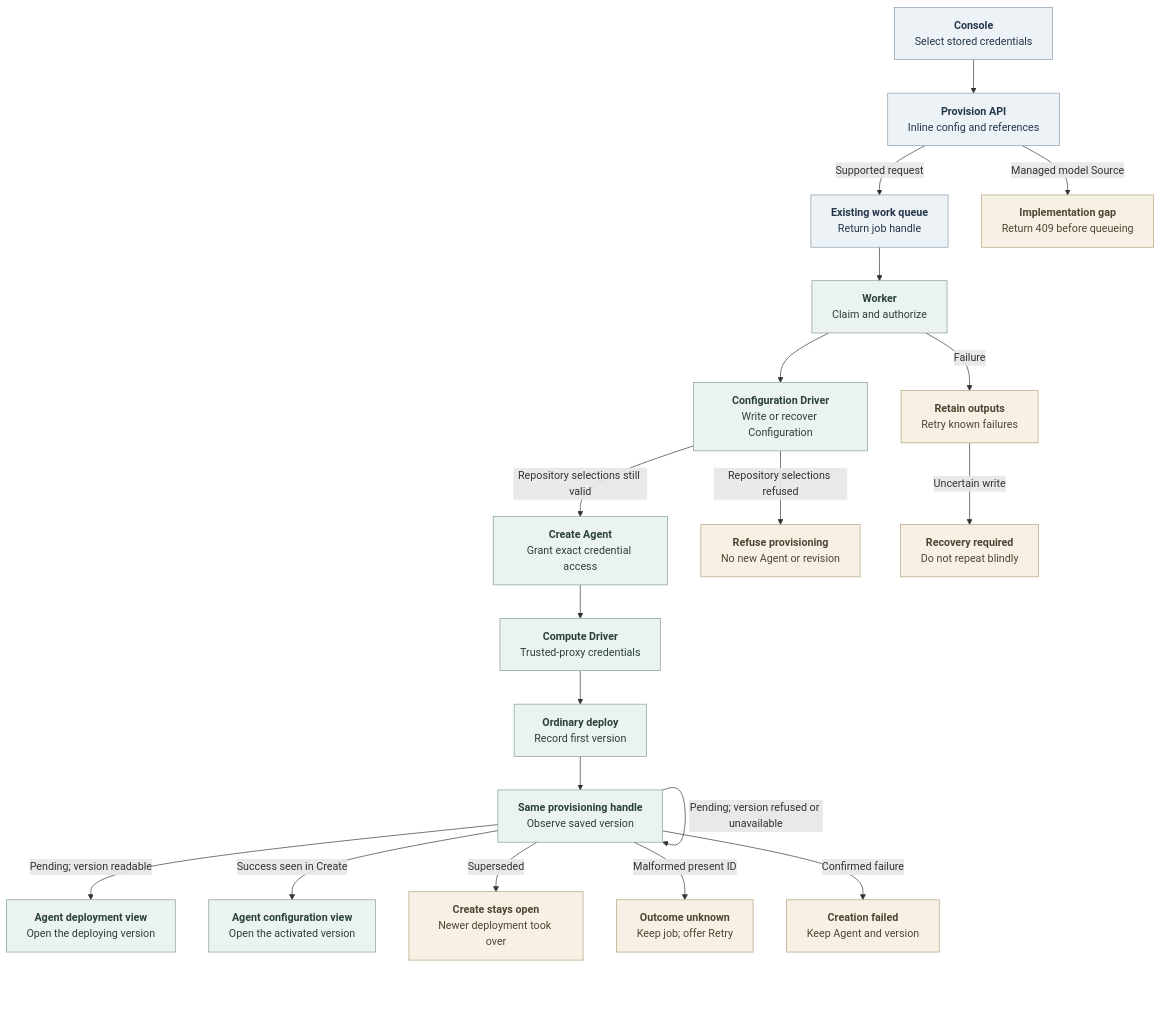
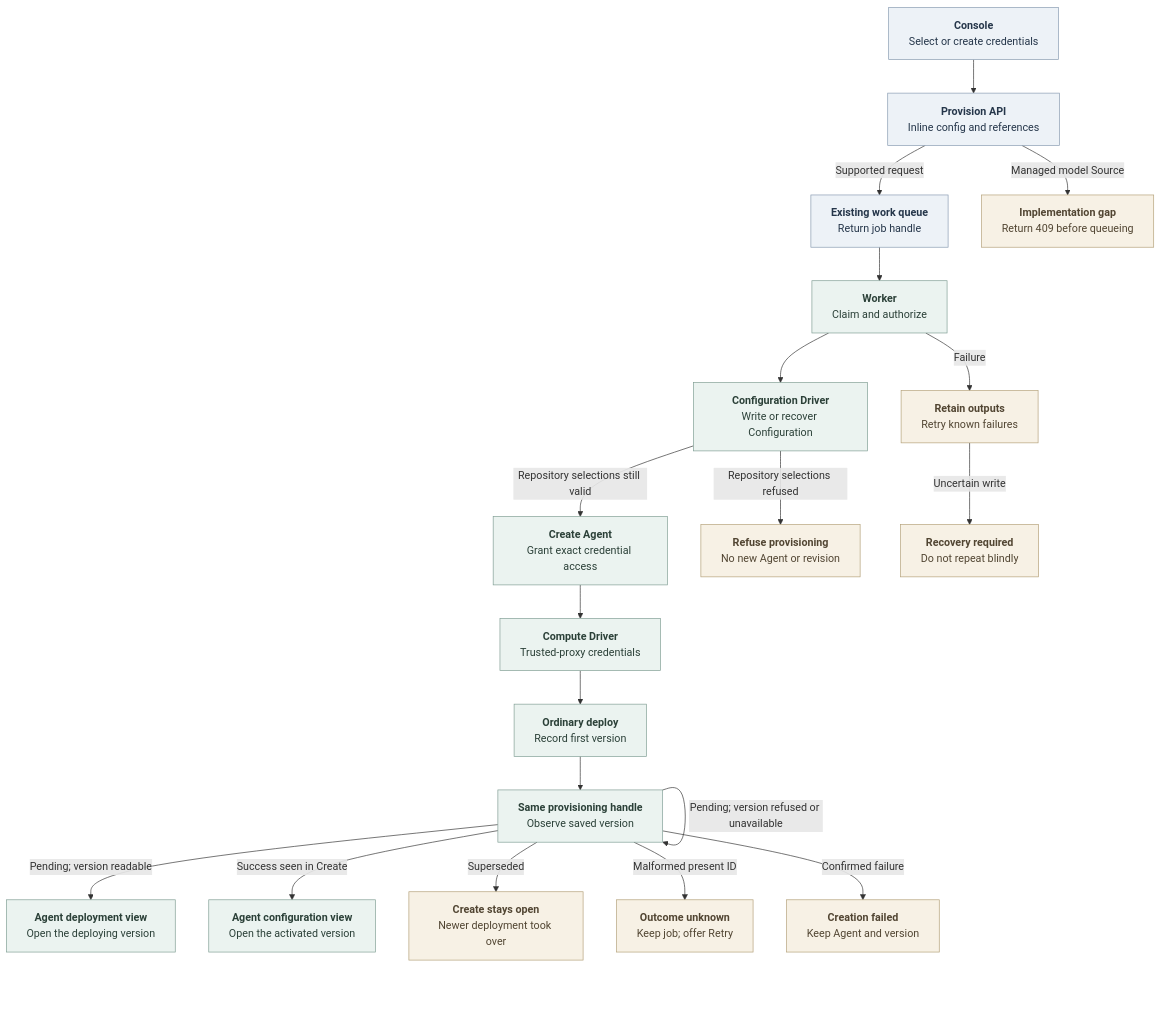
Before and after one commit to openclaw/openclaw-enterprise: the diagram in docs/flows/agent-provisioning.md, drawn with Mermaid. The commit also changed other lines of this file and 12 other files, not shown here.

````diff
--- a/docs/flows/agent-provisioning.md
+++ b/docs/flows/agent-provisioning.md
@@ -22,28 +22,28 @@
 ```mermaid
 graph TD
-  Console["<b>Console</b><br/>Select stored credentials"] --> API["<b>Provision API</b><br/>Inline config and references"]
+  Console["<b>Console</b><br/>Select or create credentials"] --> API["<b>Provision API</b><br/>Inline config and references"]
   API -->|Supported request| Queue["<b>Existing work queue</b><br/>Return job handle"]
   API -->|Managed model Source| Gap["<b>Implementation gap</b><br/>Return 409 before queueing"]
   Queue --> Claim["<b>Worker</b><br/>Claim and authorize"]
   Claim --> Config["<b>Configuration Driver</b><br/>Write or recover Configuration"]
   Config -->|Repository selections still valid| Agent["<b>Create Agent</b><br/>Grant exact credential access"]
   Config -->|Repository selections refused| RepoRefused["<b>Refuse provisioning</b><br/>No new Agent or revision"]
   Agent --> Transport["<b>Compute Driver</b><br/>Trusted-proxy credentials"]
   Transport --> Deploy["<b>Ordinary deploy</b><br/>Record first version"]
   Deploy --> Observe["<b>Same provisioning handle</b><br/>Observe saved version"]
   Observe -->|Pending; version readable| UI["<b>Agent deployment view</b><br/>Open the deploying version"]
   Observe -->|Pending; version refused or unavailable| Observe
   Observe -->|Success seen in Create| Settings["<b>Agent configuration view</b><br/>Open the activated version"]
   Observe -->|Superseded| Superseded["<b>Create stays open</b><br/>Newer deployment took over"]
   Observe -->|Malformed present ID| Unknown["<b>Outcome unknown</b><br/>Keep job; offer Retry"]
   Observe -->|Confirmed failure| Terminal["<b>Creation failed</b><br/>Keep Agent and version"]
   Claim -->|Failure| Failed["<b>Retain outputs</b><br/>Retry known failures"]
   Failed -->|Uncertain write| Recovery["<b>Recovery required</b><br/>Do not repeat blindly"]
 
   classDef state fill:#EDF2F7,stroke:#879AB0,color:#25364A,stroke-width:1px
   classDef operation fill:#EBF3F0,stroke:#7F9D93,color:#2B4038,stroke-width:1px
   classDef condition fill:#F7F1E5,stroke:#B3A078,color:#514532,stroke-width:1px
   class Console,API,Queue state
   class Claim,Config,Agent,Transport,Deploy,Observe,UI,Settings operation
   class Failed,Recovery,Terminal,Superseded,RepoRefused,Unknown,Gap condition
 ```
````
